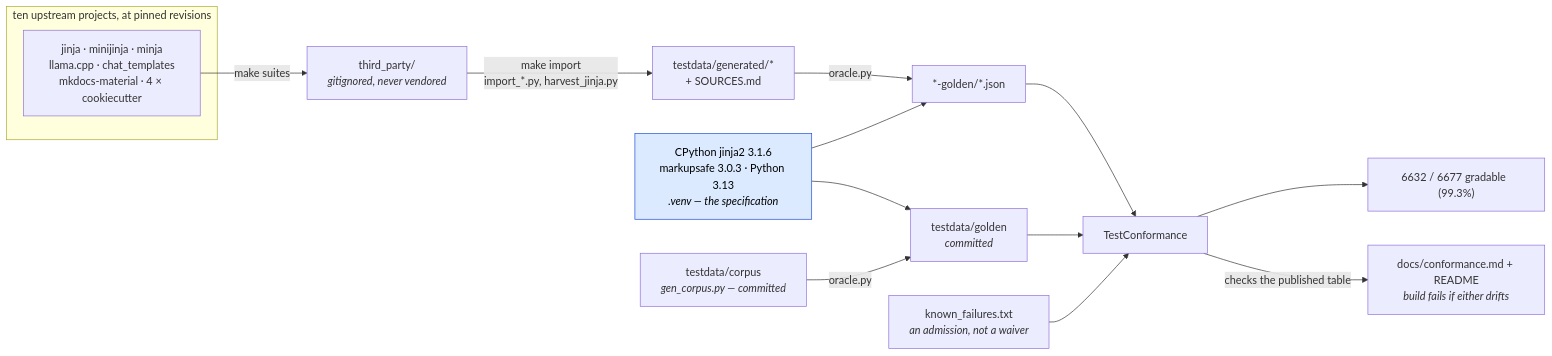
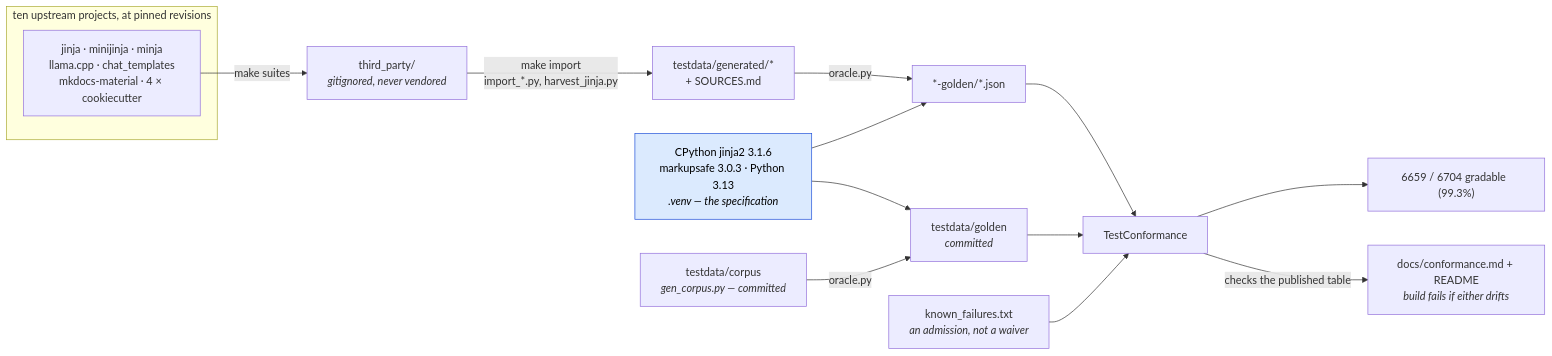
The first of 2 diagrams in docs/conformance.md (mgilbir/gojja2), drawn with Mermaid before and after one commit. The commit also changed other lines of this file and 91 other files, not shown here.

````diff
--- a/docs/conformance.md
+++ b/docs/conformance.md
@@ -17,24 +17,24 @@
 ```mermaid
 flowchart LR
     subgraph up["ten upstream projects, at pinned revisions"]
         U1["jinja · minijinja · minja<br/>llama.cpp · chat_templates<br/>mkdocs-material · 4 × cookiecutter"]
     end
     U1 -->|"make suites"| TP["third_party/<br/><i>gitignored, never vendored</i>"]
     TP -->|"make import<br/>import_*.py, harvest_jinja.py"| GEN["testdata/generated/*<br/>+ SOURCES.md"]
 
     ORA["CPython jinja2 3.1.6<br/>markupsafe 3.0.3 · Python 3.13<br/><i>.venv — the specification</i>"]
     GEN -->|"oracle.py"| G2["*-golden/*.json"]
     ORA --> G2
 
     OWN["testdata/corpus<br/><i>gen_corpus.py — committed</i>"] -->|"oracle.py"| G1["testdata/golden<br/><i>committed</i>"]
     ORA --> G1
 
     G1 --> TC["TestConformance"]
     G2 --> TC
     KF["known_failures.txt<br/><i>an admission, not a waiver</i>"] --> TC
-    TC --> RATE["6632 / 6677 gradable  (99.3%)"]
+    TC --> RATE["6659 / 6704 gradable  (99.3%)"]
     TC -->|"checks the published table"| RM["docs/conformance.md + README<br/><i>build fails if either drifts</i>"]
 
     classDef spec fill:#dbeafe,stroke:#1d4ed8,color:#000
     class ORA spec
 ```
````
